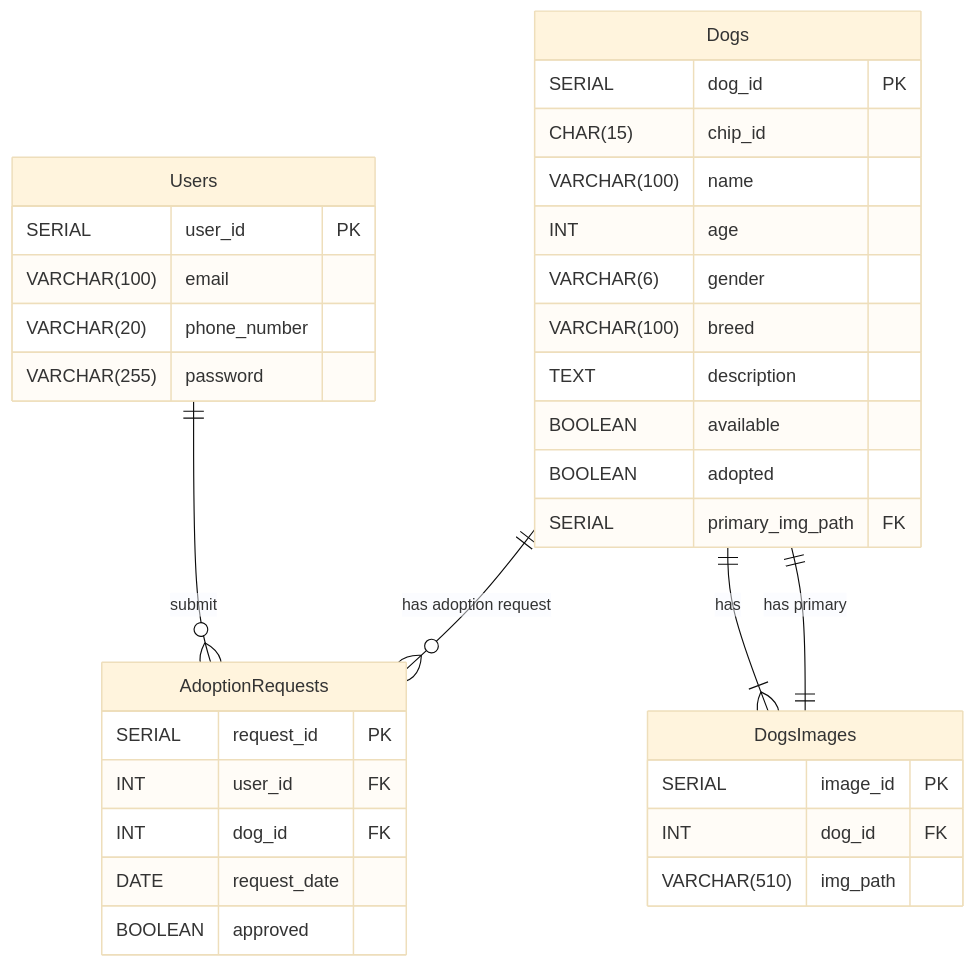
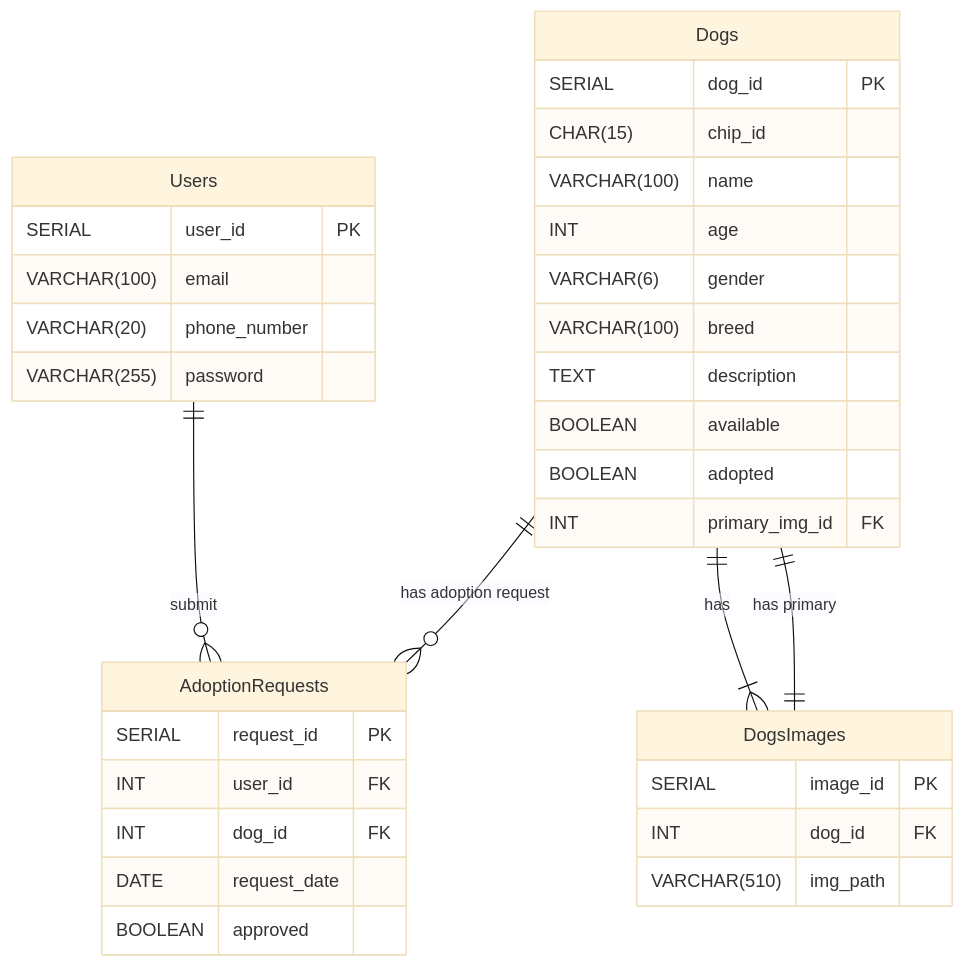
The second of 2 diagrams in docs/rendszerterv.md (Macsoo/its-not-a-bug-its-a-feature), drawn with Mermaid (base theme) before and after one commit. The commit also changed other lines of this file, not shown here.

Commit message:
docs: slight renamings and reflecting database schema updates in tables and SQL code

````diff
--- a/docs/rendszerterv.md
+++ b/docs/rendszerterv.md
@@ -174,41 +174,41 @@
 ```mermaid
 erDiagram
     Users {
         SERIAL user_id PK
         VARCHAR(100) email
         VARCHAR(20) phone_number
         VARCHAR(255) password
     }
     
     Dogs {
         SERIAL dog_id PK
         CHAR(15) chip_id
         VARCHAR(100) name
         INT age
         VARCHAR(6) gender
         VARCHAR(100) breed
         TEXT description
         BOOLEAN available
         BOOLEAN adopted
-        SERIAL primary_img_path FK
+        INT primary_img_id FK
     }
     
     AdoptionRequests {
         SERIAL request_id PK
         INT user_id FK
         INT dog_id FK
         DATE request_date
         BOOLEAN approved
     }
     
     DogsImages {
         SERIAL image_id PK
         INT dog_id FK
         VARCHAR(510) img_path
     }
 
     Users ||--o{ AdoptionRequests: "submit"
     Dogs ||--o{ AdoptionRequests: "has adoption request"
     Dogs ||--|{ DogsImages: "has"
     Dogs ||--|| DogsImages: "has primary"
 ```
````
